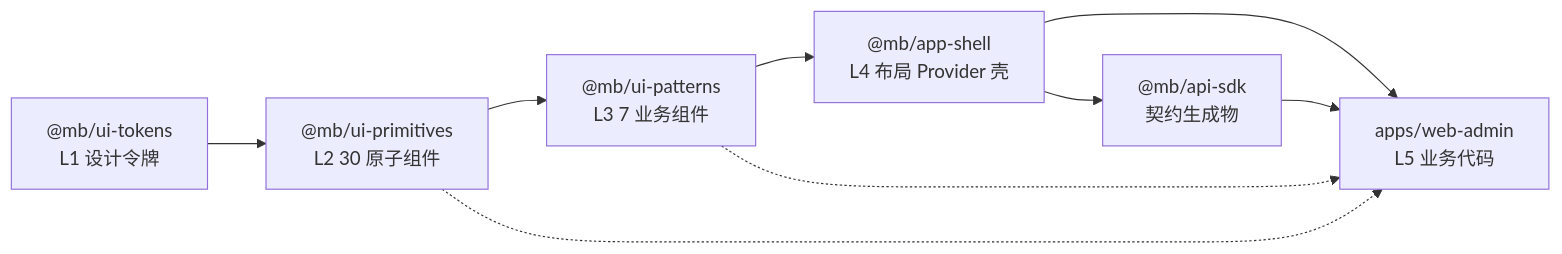
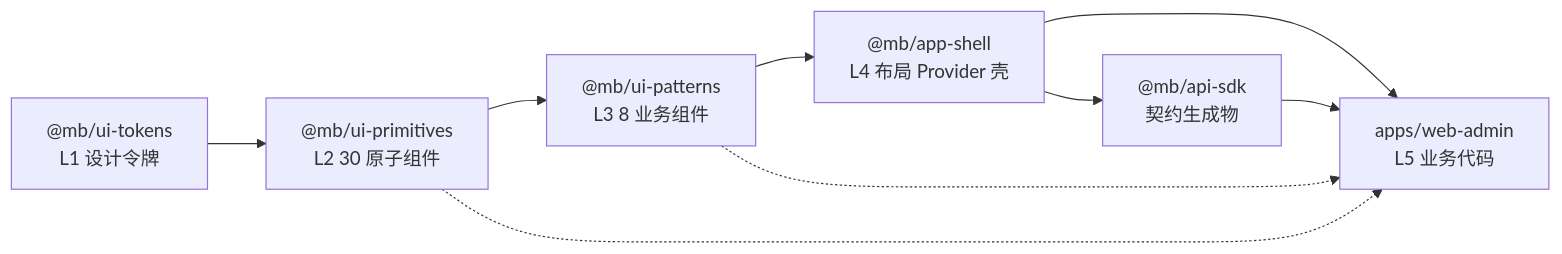
Before and after one commit to xykjlcx/meta-build: the diagram in docs/specs/frontend/appendix.md, drawn with Mermaid. The commit also changed other lines of this file and 21 other files, not shown here.

````diff
--- a/docs/specs/frontend/appendix.md
+++ b/docs/specs/frontend/appendix.md
@@ -86,19 +86,19 @@
 ```mermaid
 graph LR
     tokens[&commat;mb/ui-tokens<br/>L1 设计令牌]
     primitives[&commat;mb/ui-primitives<br/>L2 30 原子组件]
-    patterns[&commat;mb/ui-patterns<br/>L3 7 业务组件]
+    patterns[&commat;mb/ui-patterns<br/>L3 8 业务组件]
     shell[&commat;mb/app-shell<br/>L4 布局 Provider 壳]
     sdk[&commat;mb/api-sdk<br/>契约生成物]
     admin[apps/web-admin<br/>L5 业务代码]
 
     tokens --> primitives
     primitives --> patterns
     patterns --> shell
     shell --> admin
     shell --> sdk
     sdk --> admin
 
     primitives -.-> admin
     patterns -.-> admin
 ```
````
